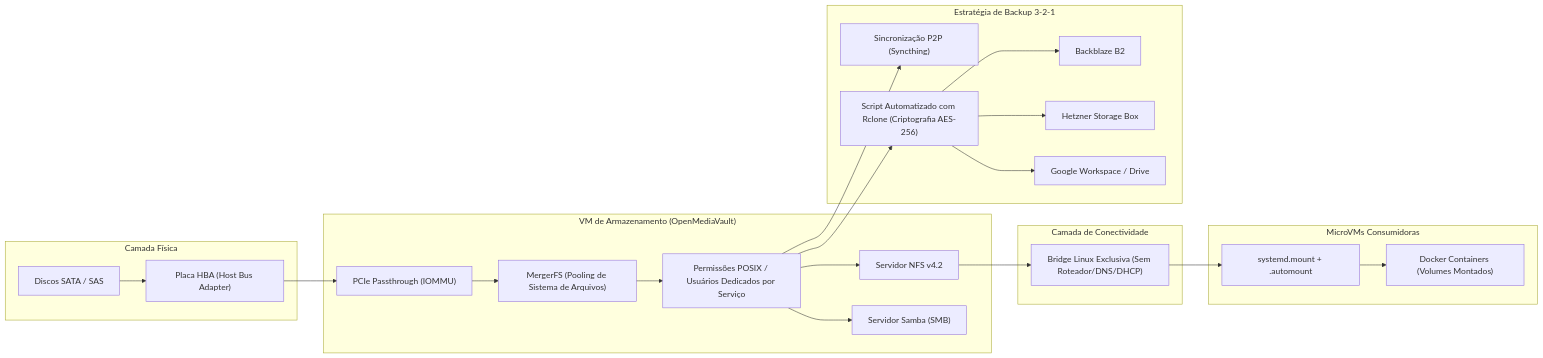
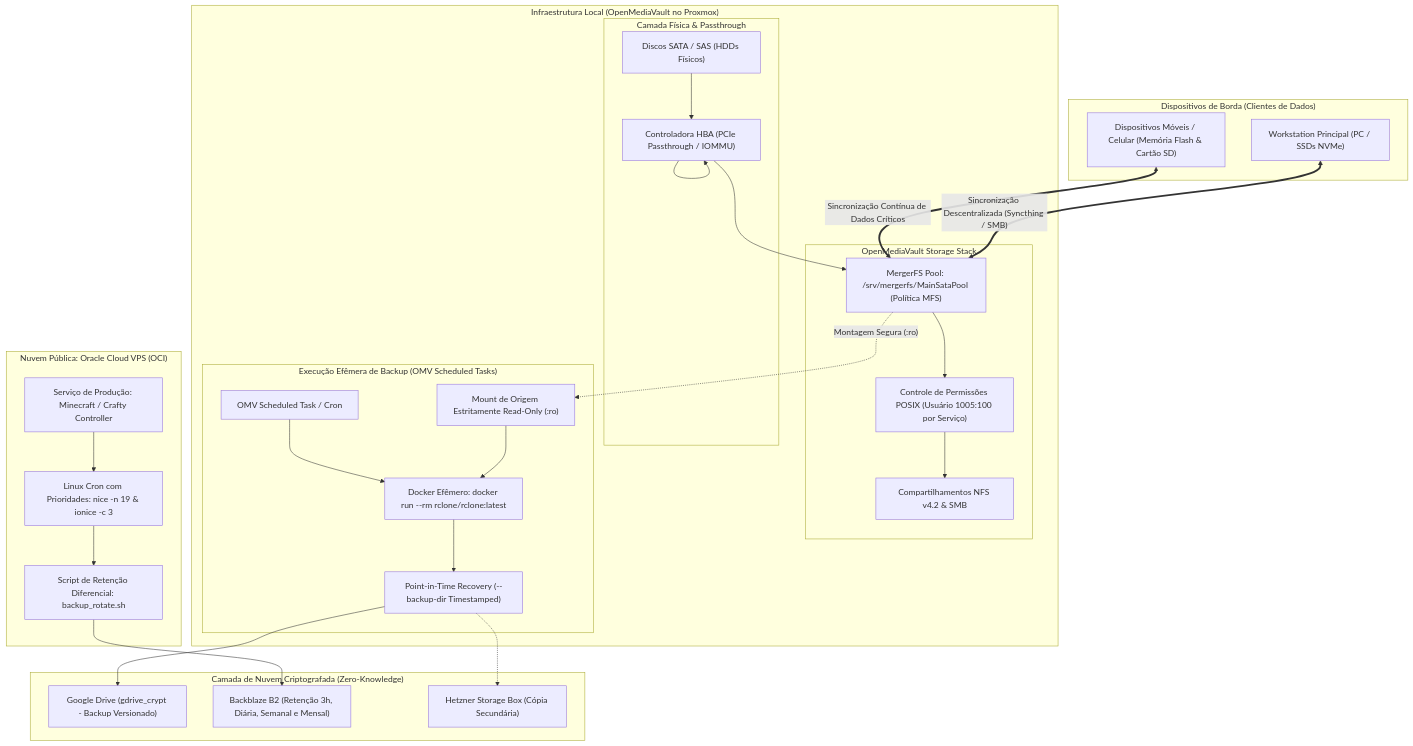
Before and after one commit to hermes-pantheon-pb/devops-portfolio: the diagram in architecture/storage-and-backup.md, drawn with Mermaid. The commit also changed other lines of this file and 4 other files, not shown here.

Commit message:
feat(storage): document multi-tier backup with ephemeral Docker rclone, OCI retention rotation, and kernel QoS

````diff
--- a/architecture/storage-and-backup.md
+++ b/architecture/storage-and-backup.md
@@ -9,49 +9,59 @@
 ```mermaid
-graph LR
-    subgraph HARDWARE ["Camada Física"]
-        DISKS["Discos SATA / SAS"]
-        HBA["Placa HBA (Host Bus Adapter)"]
+graph TB
+    subgraph EDGE_DEVICES ["Dispositivos de Borda (Clientes de Dados)"]
+        MOBILE["Dispositivos Móveis / Celular (Memória Flash & Cartão SD)"]
+        WORKSTATION["Workstation Principal (PC / SSDs NVMe)"]
     end
 
-    subgraph STORAGE_VM ["VM de Armazenamento (OpenMediaVault)"]
-        HBA_PASS["PCIe Passthrough (IOMMU)"]
-        MERGERFS["MergerFS (Pooling de Sistema de Arquivos)"]
-        OMV_ACLS["Permissões POSIX / Usuários Dedicados por Serviço"]
-        NFS_SRV["Servidor NFS v4.2"]
-        SMB_SRV["Servidor Samba (SMB)"]
+    subgraph PROXMOX_STORAGE ["Infraestrutura Local (OpenMediaVault no Proxmox)"]
+        subgraph PHYSICAL_TIER ["Camada Física & Passthrough"]
+            SATA_DISKS["Discos SATA / SAS (HDDs Físicos)"]
+            HBA_CARD["Controladora HBA (PCIe Passthrough / IOMMU)"]
+        end
+
+        subgraph OMV_STACK ["OpenMediaVault Storage Stack"]
+            MERGERFS["MergerFS Pool: /srv/mergerfs/MainSataPool (Política MFS)"]
+            ACL_MGT["Controle de Permissões POSIX (Usuário 1005:100 por Serviço)"]
+            NFS_EXPORTS["Compartilhamentos NFS v4.2 & SMB"]
+        end
+
+        subgraph OMV_BACKUP ["Execução Efêmera de Backup (OMV Scheduled Tasks)"]
+            OMV_CRON["OMV Scheduled Task / Cron"]
+            RCLONE_CONTAINER["Docker Efêmero: docker run --rm rclone/rclone:latest"]
+            RO_MOUNT["Mount de Origem Estritamente Read-Only (:ro)"]
+            VERSION_DIR["Point-in-Time Recovery (--backup-dir Timestamped)"]
+        end
     end
 
-    subgraph BRIDGES ["Camada de Conectividade"]
-        DIRECT_BRIDGE["Bridge Linux Exclusiva (Sem Roteador/DNS/DHCP)"]
+    subgraph OCI_VPS ["Nuvem Pública: Oracle Cloud VPS (OCI)"]
+        MC_SERVER["Serviço de Produção: Minecraft / Crafty Controller"]
+        VPS_CRON["Linux Cron com Prioridades: nice -n 19 & ionice -c 3"]
+        ROTATION_SCRIPT["Script de Retenção Diferencial: backup_rotate.sh"]
     end
 
-    subgraph CLIENT_VMS ["MicroVMs Consumidoras"]
-        SYSTEMD_MNT["systemd.mount + .automount"]
-        DOCKER_CONTAINER["Docker Containers (Volumes Montados)"]
+    subgraph CLOUD_STORAGE ["Camada de Nuvem Criptografada (Zero-Knowledge)"]
+        GDRIVE_CRYPT["Google Drive (gdrive_crypt - Backup Versionado)"]
+        B2_ORACLE["Backblaze B2 (Retenção 3h, Diária, Semanal e Mensal)"]
+        HETZNER_BOX["Hetzner Storage Box (Cópia Secundária)"]
     end
 
-    subgraph BACKUP_TIER ["Estratégia de Backup 3-2-1"]
-        SYNCTHING["Sincronização P2P (Syncthing)"]
-        RCLONE["Script Automatizado com Rclone (Criptografia AES-256)"]
-        CLOUD_B2["Backblaze B2"]
-        CLOUD_HETZNER["Hetzner Storage Box"]
-        CLOUD_GDRIVE["Google Workspace / Drive"]
-    end
+    %% Sincronização Local
+    MOBILE <== "Sincronização Contínua de Dados Críticos" ==> MERGERFS
+    WORKSTATION <== "Sincronização Descentralizada (Syncthing / SMB)" ==> MERGERFS
 
-    DISKS --> HBA
-    HBA --> HBA_PASS
-    HBA_PASS --> MERGERFS
-    MERGERFS --> OMV_ACLS
-    OMV_ACLS --> NFS_SRV
-    OMV_ACLS --> SMB_SRV
+    %% Hardware para Pool
+    SATA_DISKS --> HBA_CARD --> HBA_CARD
+    HBA_CARD --> MERGERFS --> ACL_MGT --> NFS_EXPORTS
 
-    NFS_SRV --> DIRECT_BRIDGE
-    DIRECT_BRIDGE --> SYSTEMD_MNT
-    SYSTEMD_MNT --> DOCKER_CONTAINER
+    %% Rotina OMV Docker
+    OMV_CRON --> RCLONE_CONTAINER
+    MERGERFS -. "Montagem Segura (:ro)" .-> RO_MOUNT
+    RO_MOUNT --> RCLONE_CONTAINER
+    RCLONE_CONTAINER --> VERSION_DIR
+    VERSION_DIR --> GDRIVE_CRYPT
+    VERSION_DIR -.-> HETZNER_BOX
 
-    OMV_ACLS --> SYNCTHING
-    OMV_ACLS --> RCLONE
-    RCLONE --> CLOUD_B2
-    RCLONE --> CLOUD_HETZNER
-    RCLONE --> CLOUD_GDRIVE
+    %% Rotina Oracle Cloud VPS
+    MC_SERVER --> VPS_CRON --> ROTATION_SCRIPT
+    ROTATION_SCRIPT --> B2_ORACLE
 ```
````
